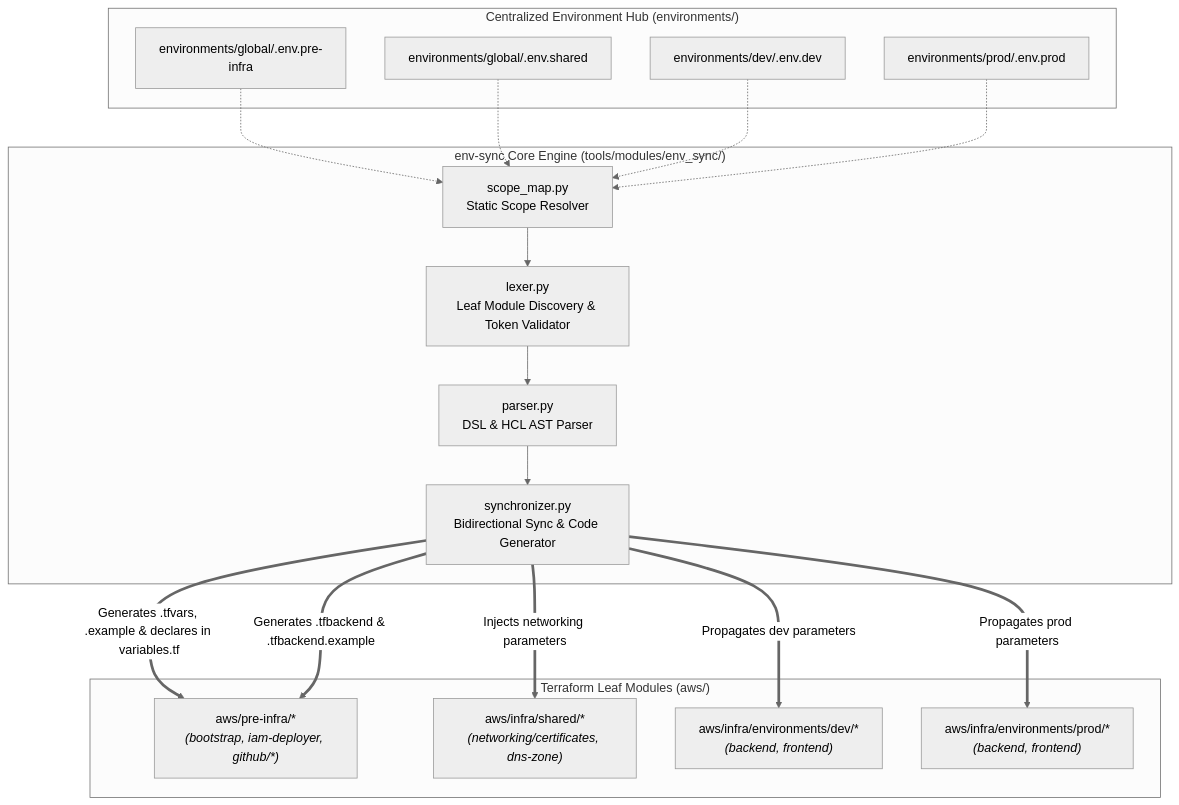
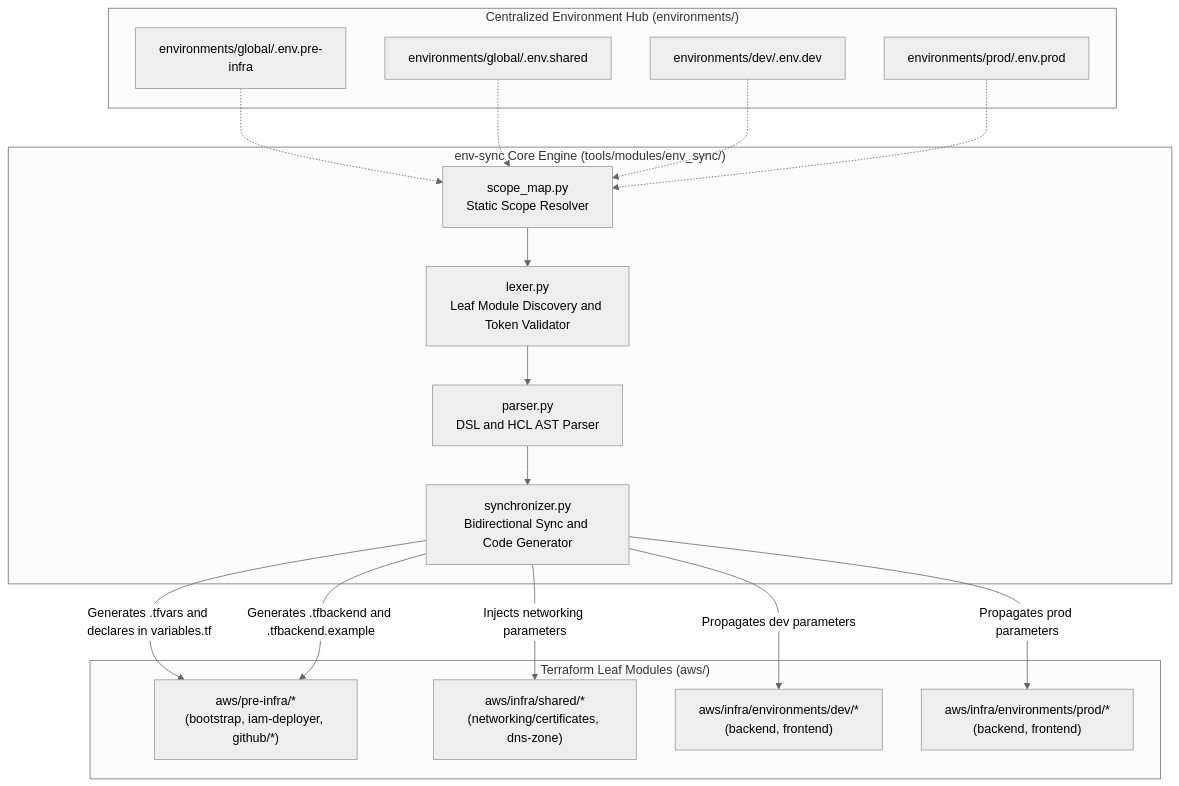
One commit to Beep1608/cleanmybelly changed the first of 3 diagrams in docs/architecture/env_sync.md. Above: the diagram before and after it, drawn with Mermaid (neutral theme). The commit also changed other lines of this file and 2 other files, not shown here.

````diff
--- a/docs/architecture/env_sync.md
+++ b/docs/architecture/env_sync.md
@@ -23,35 +23,35 @@
 ```mermaid
 graph TD
     subgraph EnvHub ["Centralized Environment Hub (environments/)"]
         EnvPre["environments/global/.env.pre-infra"]
         EnvShared["environments/global/.env.shared"]
         EnvDev["environments/dev/.env.dev"]
         EnvProd["environments/prod/.env.prod"]
     end
 
     subgraph SyncEngine ["env-sync Core Engine (tools/modules/env_sync/)"]
         ScopeMap["scope_map.py<br>Static Scope Resolver"]
-        Lexer["lexer.py<br>Leaf Module Discovery & Token Validator"]
-        Parser["parser.py<br>DSL & HCL AST Parser"]
-        Synchronizer["synchronizer.py<br>Bidirectional Sync & Code Generator"]
+        Lexer["lexer.py<br>Leaf Module Discovery and Token Validator"]
+        Parser["parser.py<br>DSL and HCL AST Parser"]
+        Synchronizer["synchronizer.py<br>Bidirectional Sync and Code Generator"]
         ScopeMap --> Lexer --> Parser --> Synchronizer
     end
 
     subgraph InfraTree ["Terraform Leaf Modules (aws/)"]
-        PreInfra["aws/pre-infra/*<br><i>(bootstrap, iam-deployer, github/*)</i>"]
-        InfraShared["aws/infra/shared/*<br><i>(networking/certificates, dns-zone)</i>"]
-        InfraDev["aws/infra/environments/dev/*<br><i>(backend, frontend)</i>"]
-        InfraProd["aws/infra/environments/prod/*<br><i>(backend, frontend)</i>"]
+        PreInfra["aws/pre-infra/*<br>(bootstrap, iam-deployer, github/*)"]
+        InfraShared["aws/infra/shared/*<br>(networking/certificates, dns-zone)"]
+        InfraDev["aws/infra/environments/dev/*<br>(backend, frontend)"]
+        InfraProd["aws/infra/environments/prod/*<br>(backend, frontend)"]
     end
 
     EnvPre -.-> ScopeMap
     EnvShared -.-> ScopeMap
     EnvDev -.-> ScopeMap
     EnvProd -.-> ScopeMap
 
-    Synchronizer ==>|"Generates .tfvars, .example & declares in variables.tf"| PreInfra
-    Synchronizer ==>|"Generates .tfbackend & .tfbackend.example"| PreInfra
-    Synchronizer ==>|"Injects networking parameters"| InfraShared
-    Synchronizer ==>|"Propagates dev parameters"| InfraDev
-    Synchronizer ==>|"Propagates prod parameters"| InfraProd
+    Synchronizer -->|"Generates .tfvars and declares in variables.tf"| PreInfra
+    Synchronizer -->|"Generates .tfbackend and .tfbackend.example"| PreInfra
+    Synchronizer -->|"Injects networking parameters"| InfraShared
+    Synchronizer -->|"Propagates dev parameters"| InfraDev
+    Synchronizer -->|"Propagates prod parameters"| InfraProd
 ```
````
